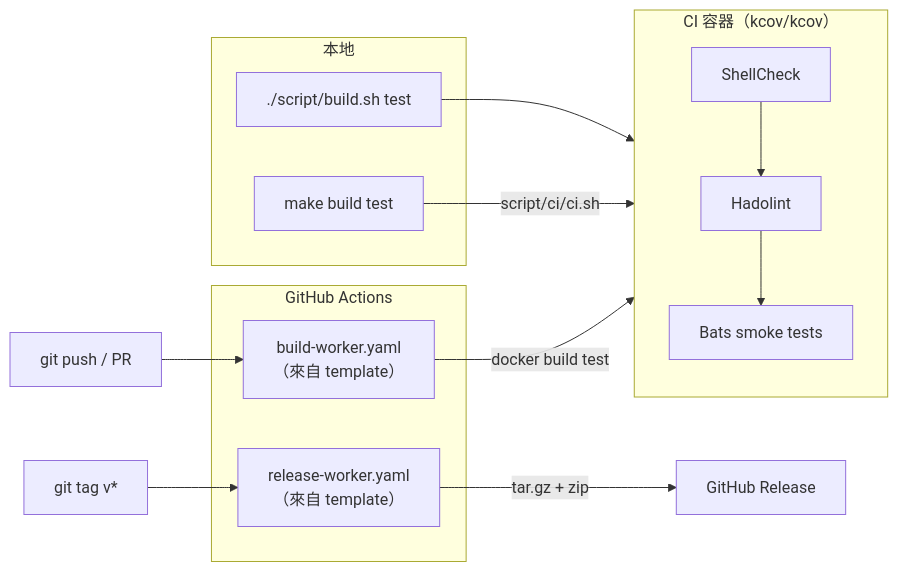
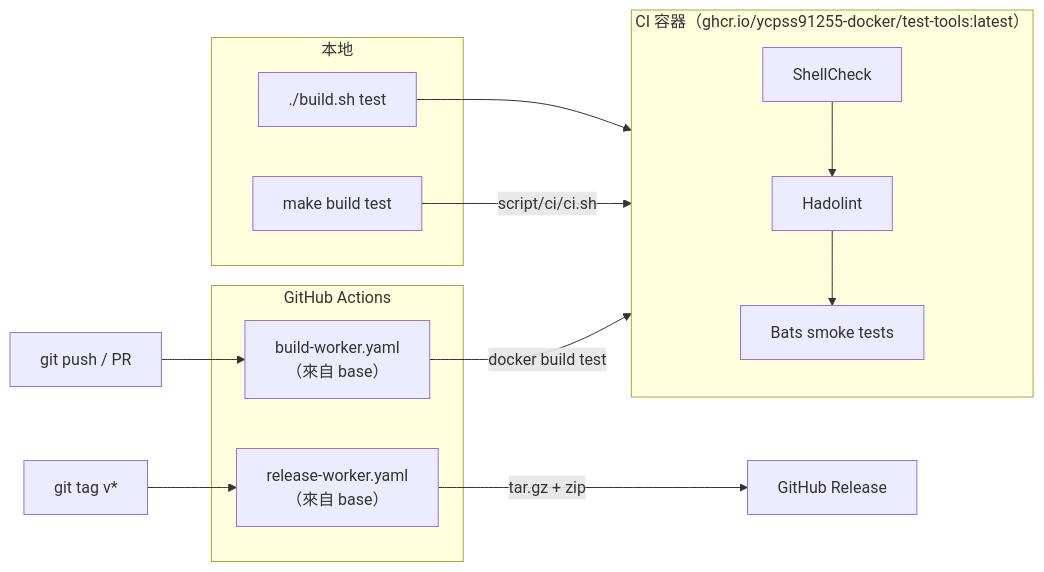
Before and after one commit to ycpss91255-docker/base: the second of 2 diagrams in doc/readme/README.zh-TW.md, drawn with Mermaid. The commit also changed other lines of this file and 4 other files, not shown here.

````diff
--- a/doc/readme/README.zh-TW.md
+++ b/doc/readme/README.zh-TW.md
@@ -81,27 +81,27 @@
 ```mermaid
 flowchart LR
     subgraph local["本地"]
-        build_test["./script/build.sh test"]
+        build_test["./build.sh test"]
         make_test["make build test"]
     end
 
-    subgraph ci_container["CI 容器（kcov/kcov）"]
+    subgraph ci_container["CI 容器（ghcr.io/ycpss91255-docker/test-tools:latest）"]
         shellcheck["ShellCheck"]
         hadolint["Hadolint"]
         bats["Bats smoke tests"]
     end
 
     subgraph github["GitHub Actions"]
-        build_worker["build-worker.yaml<br/>（來自 template）"]
-        release_worker["release-worker.yaml<br/>（來自 template）"]
+        build_worker["build-worker.yaml<br/>（來自 base）"]
+        release_worker["release-worker.yaml<br/>（來自 base）"]
     end
 
     build_test --> ci_container
     make_test -->|"script/ci/ci.sh"| ci_container
     shellcheck --> hadolint --> bats
 
     push["git push / PR"] --> build_worker
     build_worker -->|"docker build test"| ci_container
     tag["git tag v*"] --> release_worker
     release_worker -->|"tar.gz + zip"| release["GitHub Release"]
 ```
````
